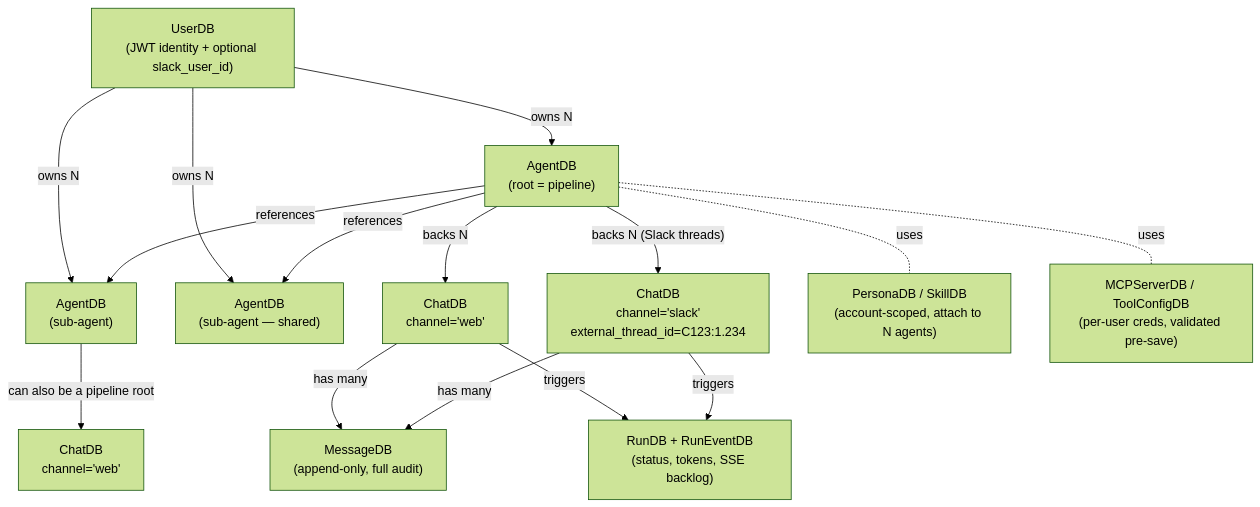
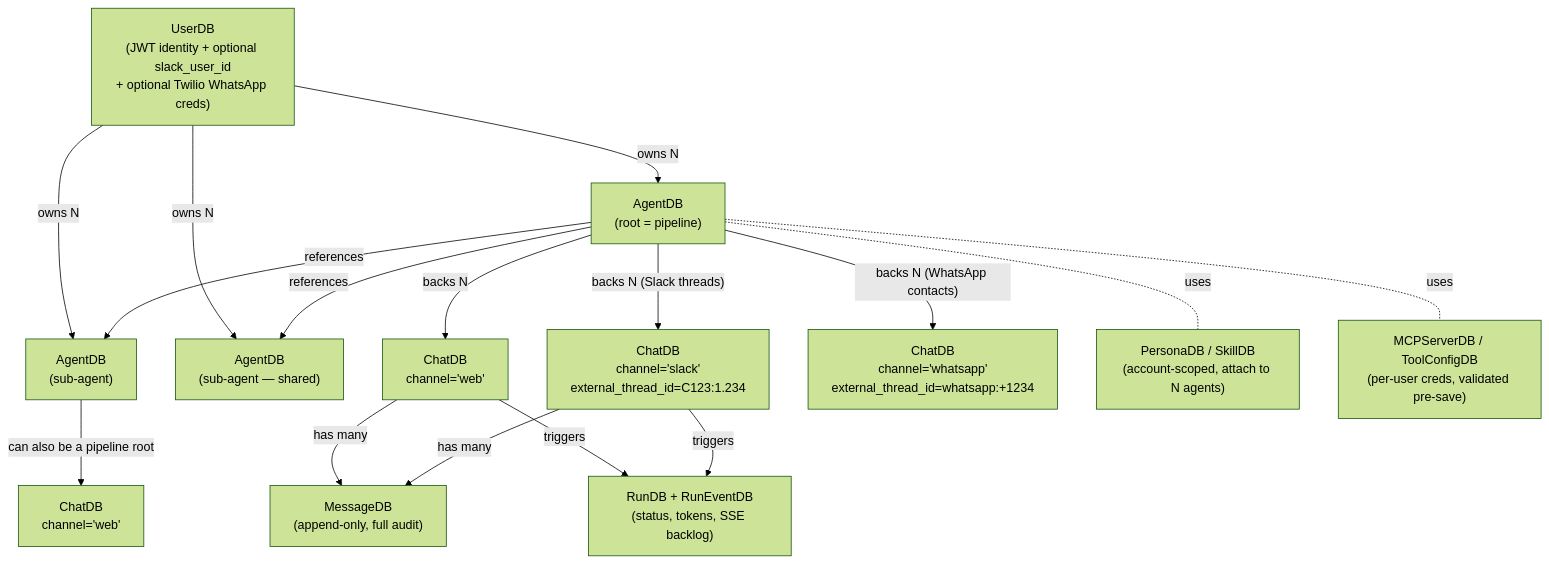
Before and after one commit to deshwalmahesh/open-agent-orchestrator: the second of 2 diagrams in README.md, drawn with Mermaid (forest theme). The commit also changed other lines of this file and 14 other files, not shown here.

First line of the commit message:
whatsapp: per-user Twilio integration (webhook-based, multi-user concurrent)

````diff
--- a/README.md
+++ b/README.md
@@ -139,29 +144,31 @@
 ```mermaid
 flowchart TD
-  U["UserDB<br/>(JWT identity + optional slack_user_id)"]
+  U["UserDB<br/>(JWT identity + optional slack_user_id<br/>+ optional Twilio WhatsApp creds)"]
   A1["AgentDB<br/>(root = pipeline)"]
   A2["AgentDB<br/>(sub-agent)"]
   A3["AgentDB<br/>(sub-agent — shared)"]
   CH1["ChatDB<br/>channel='web'"]
   CH2["ChatDB<br/>channel='slack'<br/>external_thread_id=C123:1.234"]
+  CH4["ChatDB<br/>channel='whatsapp'<br/>external_thread_id=whatsapp:+1234"]
   CH3["ChatDB<br/>channel='web'"]
   M["MessageDB<br/>(append-only, full audit)"]
   R["RunDB + RunEventDB<br/>(status, tokens, SSE backlog)"]
   P["PersonaDB / SkillDB<br/>(account-scoped, attach to N agents)"]
   MCP["MCPServerDB / ToolConfigDB<br/>(per-user creds, validated pre-save)"]
 
   U -- owns N --> A1
   U -- owns N --> A2
   U -- owns N --> A3
   A1 -- references --> A2
   A1 -- references --> A3
   A2 -- can also be a pipeline root --> CH3
   A1 -- backs N --> CH1
   A1 -- backs N (Slack threads) --> CH2
+  A1 -- backs N (WhatsApp contacts) --> CH4
   CH1 -- has many --> M
   CH2 -- has many --> M
   CH1 -- triggers --> R
   CH2 -- triggers --> R
   A1 -. uses .- P
   A1 -. uses .- MCP
 ```
````
